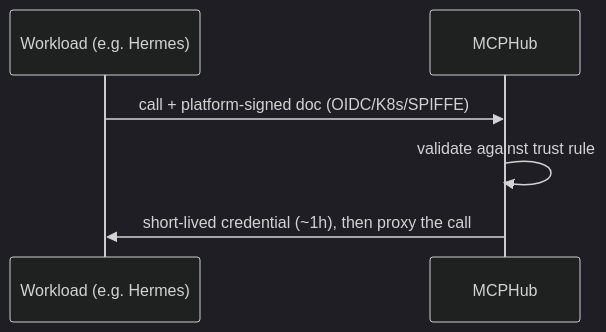
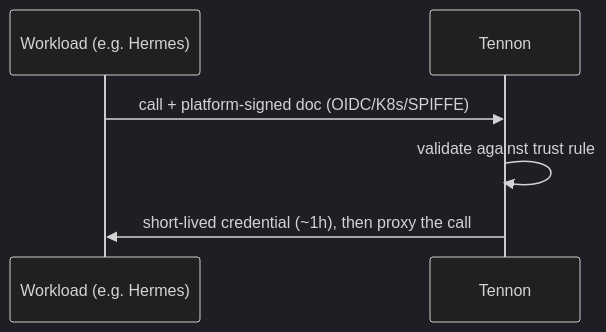
The fourth of 5 diagrams in docs/README.md (yurifrl/tennon), drawn with Mermaid (dark theme) before and after one commit. The commit also changed other lines of this file and 77 other files, not shown here.

````diff
--- a/docs/README.md
+++ b/docs/README.md
@@ -1314,8 +1314,8 @@
 ```mermaid
 sequenceDiagram
   participant W as Workload (e.g. Hermes)
-  participant H as MCPHub
+  participant H as Tennon
   W->>H: call + platform-signed doc (OIDC/K8s/SPIFFE)
   H->>H: validate against trust rule
   H->>W: short-lived credential (~1h), then proxy the call
 ```
````
